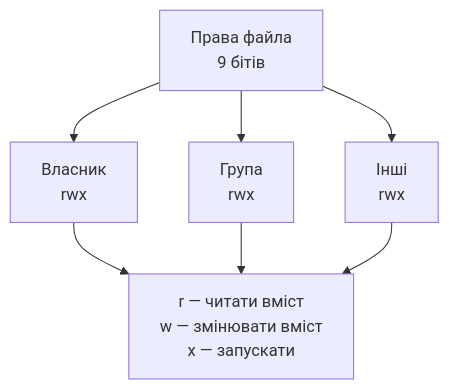
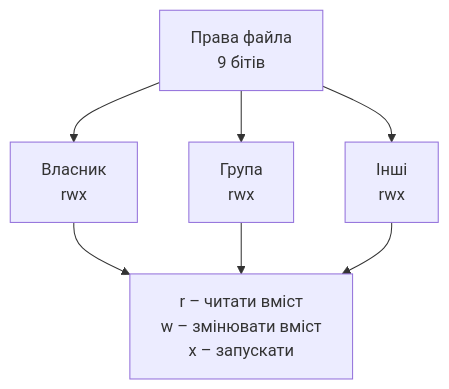
Before and after one commit to Reveno/revenoria-site: the first of 2 diagrams in content/courses/operating-systems/lectures/10-bezpeka-ta-keruvannia-dostupom.md, drawn with Mermaid. The commit also changed other lines of this file and 151 other files, not shown here.

````diff
--- a/content/courses/operating-systems/lectures/10-bezpeka-ta-keruvannia-dostupom.md
+++ b/content/courses/operating-systems/lectures/10-bezpeka-ta-keruvannia-dostupom.md
@@ -121,9 +121,9 @@
 ```mermaid
 graph TD
     A[Права файла<br/>9 бітів] --> B[Власник<br/>rwx]
     A --> C[Група<br/>rwx]
     A --> D[Інші<br/>rwx]
-    B --> E[r — читати вміст<br/>w — змінювати вміст<br/>x — запускати]
+    B --> E[r – читати вміст<br/>w – змінювати вміст<br/>x – запускати]
     C --> E
     D --> E
 ```
````
